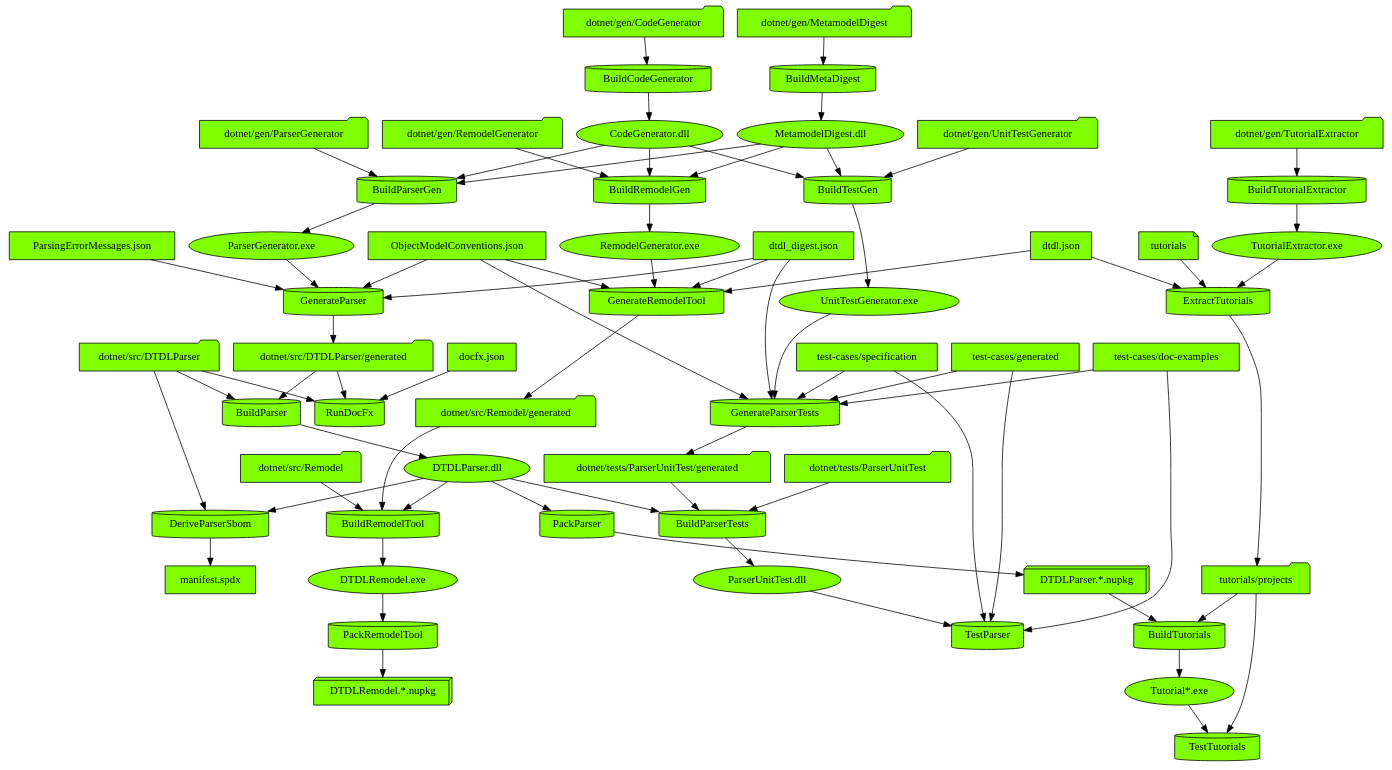
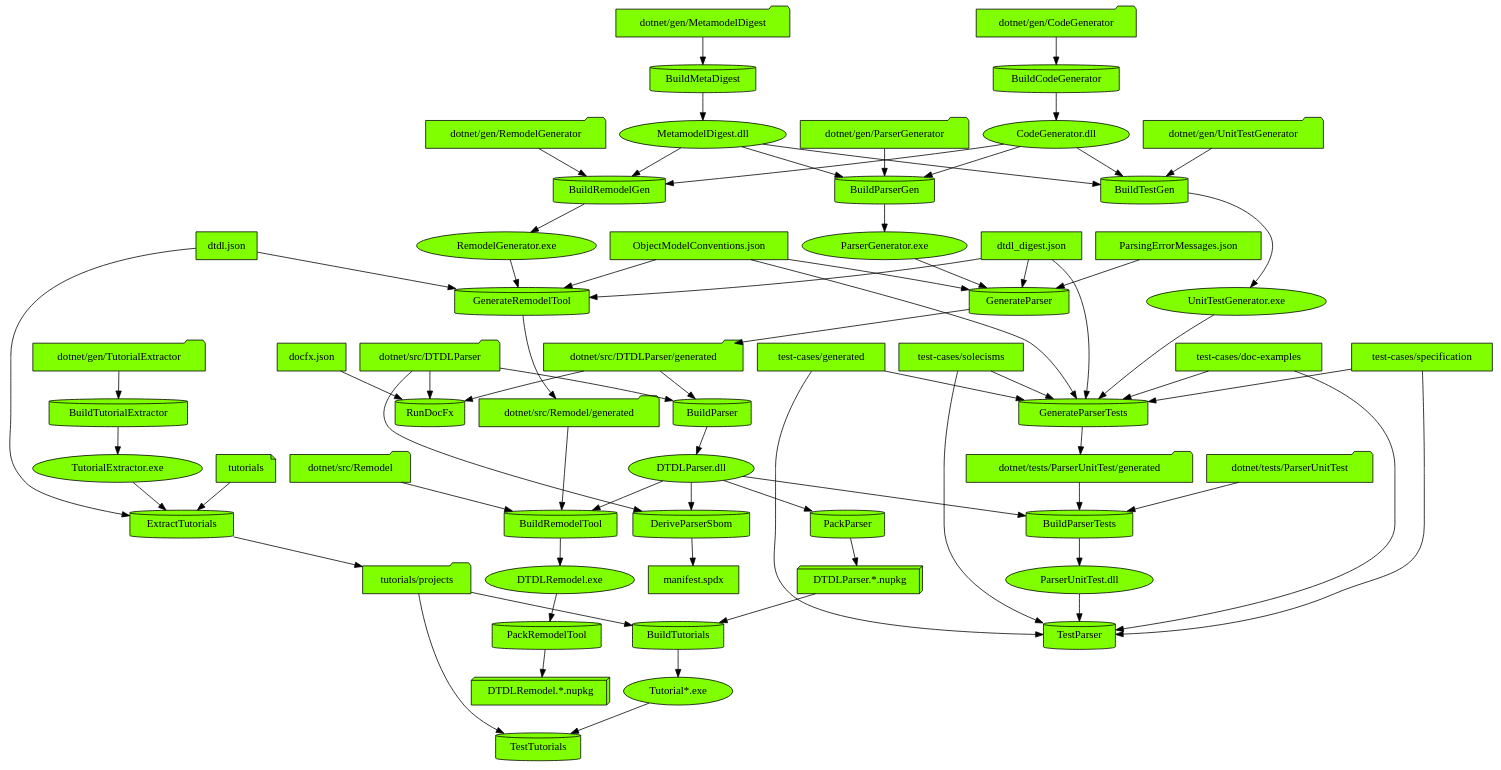
Before and after one commit to digitaltwinconsortium/DTDLParser: the diagram in images/input/generated/DevelopFlowDiagram.dot, drawn with Graphviz. The commit also changed 114 other files, not shown here.

Commit message:
Make tolerating solecisms specific to DTDL version (#104)

```diff
--- a/images/input/generated/DevelopFlowDiagram.dot
+++ b/images/input/generated/DevelopFlowDiagram.dot
@@ -1,128 +1,131 @@
 digraph {
   {
+    "BuildCodeGenerator" [shape=cylinder style=filled fillcolor=chartreuse]
+    "BuildMetaDigest" [shape=cylinder style=filled fillcolor=chartreuse]
+    "BuildParser" [shape=cylinder style=filled fillcolor=chartreuse]
+    "BuildParserGen" [shape=cylinder style=filled fillcolor=chartreuse]
+    "BuildParserTests" [shape=cylinder style=filled fillcolor=chartreuse]
+    "BuildRemodelGen" [shape=cylinder style=filled fillcolor=chartreuse]
+    "BuildRemodelTool" [shape=cylinder style=filled fillcolor=chartreuse]
+    "BuildTestGen" [shape=cylinder style=filled fillcolor=chartreuse]
+    "BuildTutorialExtractor" [shape=cylinder style=filled fillcolor=chartreuse]
+    "BuildTutorials" [shape=cylinder style=filled fillcolor=chartreuse]
+    "DeriveParserSbom" [shape=cylinder style=filled fillcolor=chartreuse]
     "ExtractTutorials" [shape=cylinder style=filled fillcolor=chartreuse]
-    "BuildTutorials" [shape=cylinder style=filled fillcolor=chartreuse]
+    "GenerateParser" [shape=cylinder style=filled fillcolor=chartreuse]
     "GenerateParserTests" [shape=cylinder style=filled fillcolor=chartreuse]
-    "BuildParserGen" [shape=cylinder style=filled fillcolor=chartreuse]
-    "TestTutorials" [shape=cylinder style=filled fillcolor=chartreuse]
     "GenerateRemodelTool" [shape=cylinder style=filled fillcolor=chartreuse]
     "PackParser" [shape=cylinder style=filled fillcolor=chartreuse]
-    "BuildMetaDigest" [shape=cylinder style=filled fillcolor=chartreuse]
-    "BuildTestGen" [shape=cylinder style=filled fillcolor=chartreuse]
     "PackRemodelTool" [shape=cylinder style=filled fillcolor=chartreuse]
-    "BuildRemodelGen" [shape=cylinder style=filled fillcolor=chartreuse]
-    "BuildTutorialExtractor" [shape=cylinder style=filled fillcolor=chartreuse]
-    "BuildCodeGenerator" [shape=cylinder style=filled fillcolor=chartreuse]
+    "RunDocFx" [shape=cylinder style=filled fillcolor=chartreuse]
     "TestParser" [shape=cylinder style=filled fillcolor=chartreuse]
-    "DeriveParserSbom" [shape=cylinder style=filled fillcolor=chartreuse]
-    "BuildParser" [shape=cylinder style=filled fillcolor=chartreuse]
-    "BuildParserTests" [shape=cylinder style=filled fillcolor=chartreuse]
-    "GenerateParser" [shape=cylinder style=filled fillcolor=chartreuse]
-    "RunDocFx" [shape=cylinder style=filled fillcolor=chartreuse]
-    "BuildRemodelTool" [shape=cylinder style=filled fillcolor=chartreuse]
+    "TestTutorials" [shape=cylinder style=filled fillcolor=chartreuse]
+    "dotnet/gen/CodeGenerator" [shape=folder style=filled fillcolor=chartreuse]
+    "CodeGenerator.dll" [shape=ellipse style=filled fillcolor=chartreuse]
+    "dotnet/gen/MetamodelDigest" [shape=folder style=filled fillcolor=chartreuse]
+    "MetamodelDigest.dll" [shape=ellipse style=filled fillcolor=chartreuse]
+    "dotnet/src/DTDLParser" [shape=folder style=filled fillcolor=chartreuse]
+    "dotnet/src/DTDLParser/generated" [shape=folder style=filled fillcolor=chartreuse]
+    "DTDLParser.dll" [shape=ellipse style=filled fillcolor=chartreuse]
+    "dotnet/gen/ParserGenerator" [shape=folder style=filled fillcolor=chartreuse]
+    "ParserGenerator.exe" [shape=ellipse style=filled fillcolor=chartreuse]
+    "dotnet/tests/ParserUnitTest" [shape=folder style=filled fillcolor=chartreuse]
+    "dotnet/tests/ParserUnitTest/generated" [shape=folder style=filled fillcolor=chartreuse]
+    "ParserUnitTest.dll" [shape=ellipse style=filled fillcolor=chartreuse]
+    "dotnet/gen/RemodelGenerator" [shape=folder style=filled fillcolor=chartreuse]
+    "RemodelGenerator.exe" [shape=ellipse style=filled fillcolor=chartreuse]
+    "dotnet/src/Remodel" [shape=folder style=filled fillcolor=chartreuse]
+    "dotnet/src/Remodel/generated" [shape=folder style=filled fillcolor=chartreuse]
+    "DTDLRemodel.exe" [shape=ellipse style=filled fillcolor=chartreuse]
+    "dotnet/gen/UnitTestGenerator" [shape=folder style=filled fillcolor=chartreuse]
+    "UnitTestGenerator.exe" [shape=ellipse style=filled fillcolor=chartreuse]
+    "dotnet/gen/TutorialExtractor" [shape=folder style=filled fillcolor=chartreuse]
     "TutorialExtractor.exe" [shape=ellipse style=filled fillcolor=chartreuse]
+    "DTDLParser.*.nupkg" [shape=box3d style=filled fillcolor=chartreuse]
+    "tutorials/projects" [shape=folder style=filled fillcolor=chartreuse]
+    "Tutorial*.exe" [shape=ellipse style=filled fillcolor=chartreuse]
+    "manifest.spdx" [shape=box style=filled fillcolor=chartreuse]
     "dtdl.json" [shape=box style=filled fillcolor=chartreuse]
     "tutorials" [shape=note style=filled fillcolor=chartreuse]
-    "tutorials/projects" [shape=folder style=filled fillcolor=chartreuse]
-    "DTDLParser.*.nupkg" [shape=box3d style=filled fillcolor=chartreuse]
-    "Tutorial*.exe" [shape=ellipse style=filled fillcolor=chartreuse]
-    "UnitTestGenerator.exe" [shape=ellipse style=filled fillcolor=chartreuse]
     "dtdl_digest.json" [shape=box style=filled fillcolor=chartreuse]
     "ObjectModelConventions.json" [shape=box style=filled fillcolor=chartreuse]
+    "ParsingErrorMessages.json" [shape=box style=filled fillcolor=chartreuse]
     "test-cases/generated" [shape=box style=filled fillcolor=chartreuse]
+    "test-cases/solecisms" [shape=box style=filled fillcolor=chartreuse]
     "test-cases/doc-examples" [shape=box style=filled fillcolor=chartreuse]
     "test-cases/specification" [shape=box style=filled fillcolor=chartreuse]
-    "dotnet/tests/ParserUnitTest/generated" [shape=folder style=filled fillcolor=chartreuse]
-    "dotnet/gen/ParserGenerator" [shape=folder style=filled fillcolor=chartreuse]
-    "MetamodelDigest.dll" [shape=ellipse style=filled fillcolor=chartreuse]
-    "CodeGenerator.dll" [shape=ellipse style=filled fillcolor=chartreuse]
-    "ParserGenerator.exe" [shape=ellipse style=filled fillcolor=chartreuse]
-    "RemodelGenerator.exe" [shape=ellipse style=filled fillcolor=chartreuse]
-    "dotnet/src/Remodel/generated" [shape=folder style=filled fillcolor=chartreuse]
-    "DTDLParser.dll" [shape=ellipse style=filled fillcolor=chartreuse]
-    "dotnet/gen/MetamodelDigest" [shape=folder style=filled fillcolor=chartreuse]
-    "dotnet/gen/UnitTestGenerator" [shape=folder style=filled fillcolor=chartreuse]
-    "DTDLRemodel.exe" [shape=ellipse style=filled fillcolor=chartreuse]
     "DTDLRemodel.*.nupkg" [shape=box3d style=filled fillcolor=chartreuse]
-    "dotnet/gen/RemodelGenerator" [shape=folder style=filled fillcolor=chartreuse]
-    "dotnet/gen/TutorialExtractor" [shape=folder style=filled fillcolor=chartreuse]
-    "dotnet/gen/CodeGenerator" [shape=folder style=filled fillcolor=chartreuse]
-    "ParserUnitTest.dll" [shape=ellipse style=filled fillcolor=chartreuse]
-    "dotnet/src/DTDLParser" [shape=folder style=filled fillcolor=chartreuse]
-    "manifest.spdx" [shape=box style=filled fillcolor=chartreuse]
-    "dotnet/src/DTDLParser/generated" [shape=folder style=filled fillcolor=chartreuse]
-    "dotnet/tests/ParserUnitTest" [shape=folder style=filled fillcolor=chartreuse]
-    "ParsingErrorMessages.json" [shape=box style=filled fillcolor=chartreuse]
     "docfx.json" [shape=box style=filled fillcolor=chartreuse]
-    "dotnet/src/Remodel" [shape=folder style=filled fillcolor=chartreuse]
   }
+  "dotnet/gen/CodeGenerator" -> "BuildCodeGenerator"
+  "BuildCodeGenerator" -> "CodeGenerator.dll"
+  "dotnet/gen/MetamodelDigest" -> "BuildMetaDigest"
+  "BuildMetaDigest" -> "MetamodelDigest.dll"
+  "dotnet/src/DTDLParser" -> "BuildParser"
+  "dotnet/src/DTDLParser/generated" -> "BuildParser"
+  "BuildParser" -> "DTDLParser.dll"
+  "dotnet/gen/ParserGenerator" -> "BuildParserGen"
+  "MetamodelDigest.dll" -> "BuildParserGen"
+  "CodeGenerator.dll" -> "BuildParserGen"
+  "BuildParserGen" -> "ParserGenerator.exe"
+  "dotnet/tests/ParserUnitTest" -> "BuildParserTests"
+  "dotnet/tests/ParserUnitTest/generated" -> "BuildParserTests"
+  "DTDLParser.dll" -> "BuildParserTests"
+  "BuildParserTests" -> "ParserUnitTest.dll"
+  "dotnet/gen/RemodelGenerator" -> "BuildRemodelGen"
+  "MetamodelDigest.dll" -> "BuildRemodelGen"
+  "CodeGenerator.dll" -> "BuildRemodelGen"
+  "BuildRemodelGen" -> "RemodelGenerator.exe"
+  "dotnet/src/Remodel" -> "BuildRemodelTool"
+  "dotnet/src/Remodel/generated" -> "BuildRemodelTool"
+  "DTDLParser.dll" -> "BuildRemodelTool"
+  "BuildRemodelTool" -> "DTDLRemodel.exe"
+  "dotnet/gen/UnitTestGenerator" -> "BuildTestGen"
+  "MetamodelDigest.dll" -> "BuildTestGen"
+  "CodeGenerator.dll" -> "BuildTestGen"
+  "BuildTestGen" -> "UnitTestGenerator.exe"
+  "dotnet/gen/TutorialExtractor" -> "BuildTutorialExtractor"
+  "BuildTutorialExtractor" -> "TutorialExtractor.exe"
+  "DTDLParser.*.nupkg" -> "BuildTutorials"
+  "tutorials/projects" -> "BuildTutorials"
+  "BuildTutorials" -> "Tutorial*.exe"
+  "DTDLParser.dll" -> "DeriveParserSbom"
+  "dotnet/src/DTDLParser" -> "DeriveParserSbom"
+  "DeriveParserSbom" -> "manifest.spdx"
   "TutorialExtractor.exe" -> "ExtractTutorials"
   "dtdl.json" -> "ExtractTutorials"
   "tutorials" -> "ExtractTutorials"
   "ExtractTutorials" -> "tutorials/projects"
-  "DTDLParser.*.nupkg" -> "BuildTutorials"
-  "tutorials/projects" -> "BuildTutorials"
-  "BuildTutorials" -> "Tutorial*.exe"
+  "ParserGenerator.exe" -> "GenerateParser"
+  "dtdl_digest.json" -> "GenerateParser"
+  "ObjectModelConventions.json" -> "GenerateParser"
+  "ParsingErrorMessages.json" -> "GenerateParser"
+  "GenerateParser" -> "dotnet/src/DTDLParser/generated"
   "UnitTestGenerator.exe" -> "GenerateParserTests"
   "dtdl_digest.json" -> "GenerateParserTests"
   "ObjectModelConventions.json" -> "GenerateParserTests"
   "test-cases/generated" -> "GenerateParserTests"
+  "test-cases/solecisms" -> "GenerateParserTests"
   "test-cases/doc-examples" -> "GenerateParserTests"
   "test-cases/specification" -> "GenerateParserTests"
   "GenerateParserTests" -> "dotnet/tests/ParserUnitTest/generated"
-  "dotnet/gen/ParserGenerator" -> "BuildParserGen"
-  "MetamodelDigest.dll" -> "BuildParserGen"
-  "CodeGenerator.dll" -> "BuildParserGen"
-  "BuildParserGen" -> "ParserGenerator.exe"
-  "Tutorial*.exe" -> "TestTutorials"
-  "tutorials/projects" -> "TestTutorials"
   "RemodelGenerator.exe" -> "GenerateRemodelTool"
   "dtdl.json" -> "GenerateRemodelTool"
   "dtdl_digest.json" -> "GenerateRemodelTool"
   "ObjectModelConventions.json" -> "GenerateRemodelTool"
   "GenerateRemodelTool" -> "dotnet/src/Remodel/generated"
   "DTDLParser.dll" -> "PackParser"
   "PackParser" -> "DTDLParser.*.nupkg"
-  "dotnet/gen/MetamodelDigest" -> "BuildMetaDigest"
-  "BuildMetaDigest" -> "MetamodelDigest.dll"
-  "dotnet/gen/UnitTestGenerator" -> "BuildTestGen"
-  "MetamodelDigest.dll" -> "BuildTestGen"
-  "CodeGenerator.dll" -> "BuildTestGen"
-  "BuildTestGen" -> "UnitTestGenerator.exe"
   "DTDLRemodel.exe" -> "PackRemodelTool"
   "PackRemodelTool" -> "DTDLRemodel.*.nupkg"
-  "dotnet/gen/RemodelGenerator" -> "BuildRemodelGen"
-  "MetamodelDigest.dll" -> "BuildRemodelGen"
-  "CodeGenerator.dll" -> "BuildRemodelGen"
-  "BuildRemodelGen" -> "RemodelGenerator.exe"
-  "dotnet/gen/TutorialExtractor" -> "BuildTutorialExtractor"
-  "BuildTutorialExtractor" -> "TutorialExtractor.exe"
-  "dotnet/gen/CodeGenerator" -> "BuildCodeGenerator"
-  "BuildCodeGenerator" -> "CodeGenerator.dll"
-  "ParserUnitTest.dll" -> "TestParser"
-  "test-cases/generated" -> "TestParser"
-  "test-cases/doc-examples" -> "TestParser"
-  "test-cases/specification" -> "TestParser"
-  "DTDLParser.dll" -> "DeriveParserSbom"
-  "dotnet/src/DTDLParser" -> "DeriveParserSbom"
-  "DeriveParserSbom" -> "manifest.spdx"
-  "dotnet/src/DTDLParser" -> "BuildParser"
-  "dotnet/src/DTDLParser/generated" -> "BuildParser"
-  "BuildParser" -> "DTDLParser.dll"
-  "dotnet/tests/ParserUnitTest" -> "BuildParserTests"
-  "dotnet/tests/ParserUnitTest/generated" -> "BuildParserTests"
-  "DTDLParser.dll" -> "BuildParserTests"
-  "BuildParserTests" -> "ParserUnitTest.dll"
-  "ParserGenerator.exe" -> "GenerateParser"
-  "dtdl_digest.json" -> "GenerateParser"
-  "ObjectModelConventions.json" -> "GenerateParser"
-  "ParsingErrorMessages.json" -> "GenerateParser"
-  "GenerateParser" -> "dotnet/src/DTDLParser/generated"
   "dotnet/src/DTDLParser" -> "RunDocFx"
   "dotnet/src/DTDLParser/generated" -> "RunDocFx"
   "docfx.json" -> "RunDocFx"
-  "dotnet/src/Remodel" -> "BuildRemodelTool"
-  "dotnet/src/Remodel/generated" -> "BuildRemodelTool"
-  "DTDLParser.dll" -> "BuildRemodelTool"
-  "BuildRemodelTool" -> "DTDLRemodel.exe"
+  "ParserUnitTest.dll" -> "TestParser"
+  "test-cases/generated" -> "TestParser"
+  "test-cases/solecisms" -> "TestParser"
+  "test-cases/doc-examples" -> "TestParser"
+  "test-cases/specification" -> "TestParser"
+  "Tutorial*.exe" -> "TestTutorials"
+  "tutorials/projects" -> "TestTutorials"
 }
```
